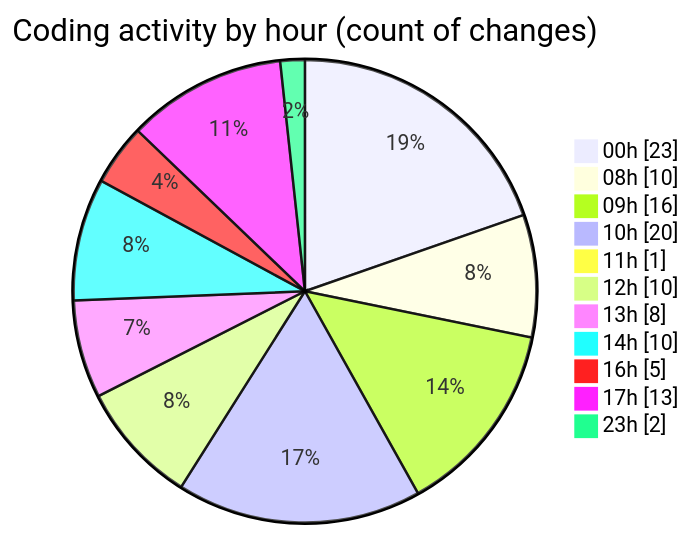
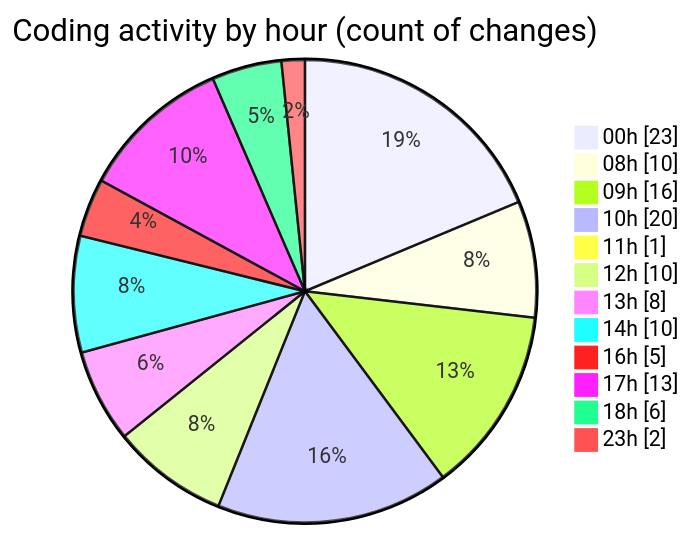
One commit to Elitesun/code-tracking changed the second of 2 diagrams in 2025-05-29/advertise/README.md. Above: the diagram before and after it, drawn with Mermaid. The commit also changed other lines of this file and 1 other file, not shown here.

````diff
--- a/2025-05-29/advertise/README.md
+++ b/2025-05-29/advertise/README.md
@@ -44,15 +44,16 @@
 ```mermaid
 pie showData
 title Coding activity by hour (count of changes)
 "00h" : 23
 "08h" : 10
 "09h" : 16
 "10h" : 20
 "11h" : 1
 "12h" : 10
 "13h" : 8
 "14h" : 10
 "16h" : 5
 "17h" : 13
+"18h" : 6
 "23h" : 2
 ```
````
